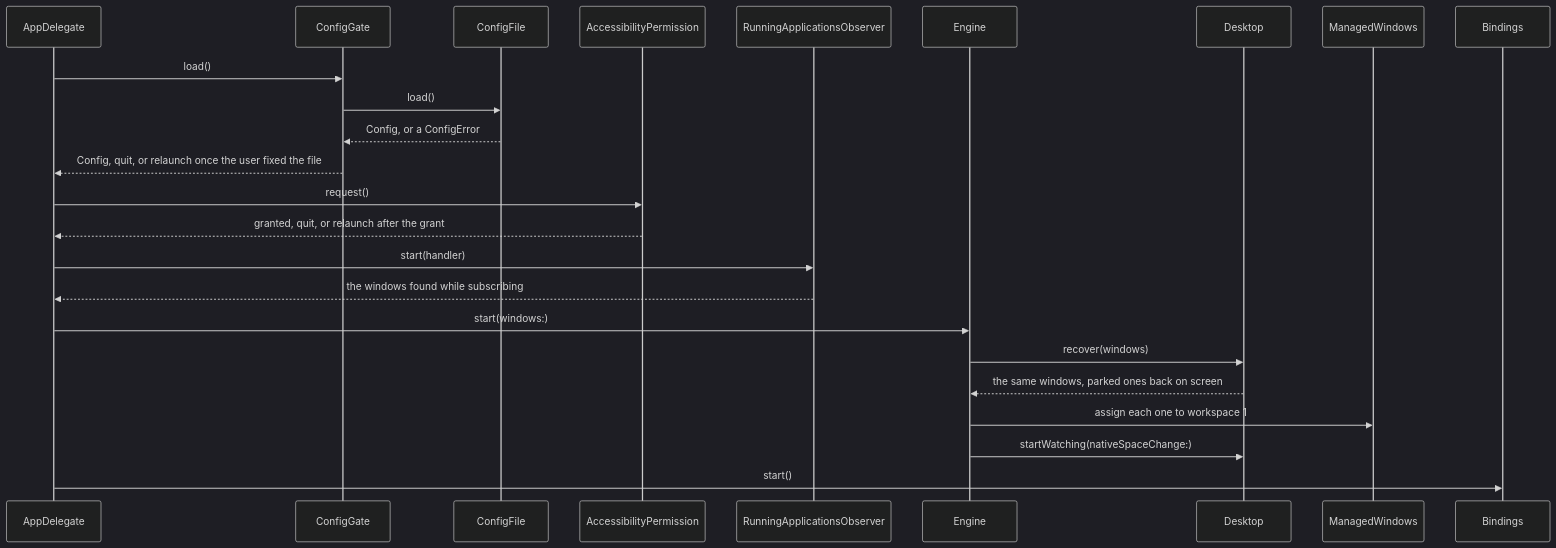
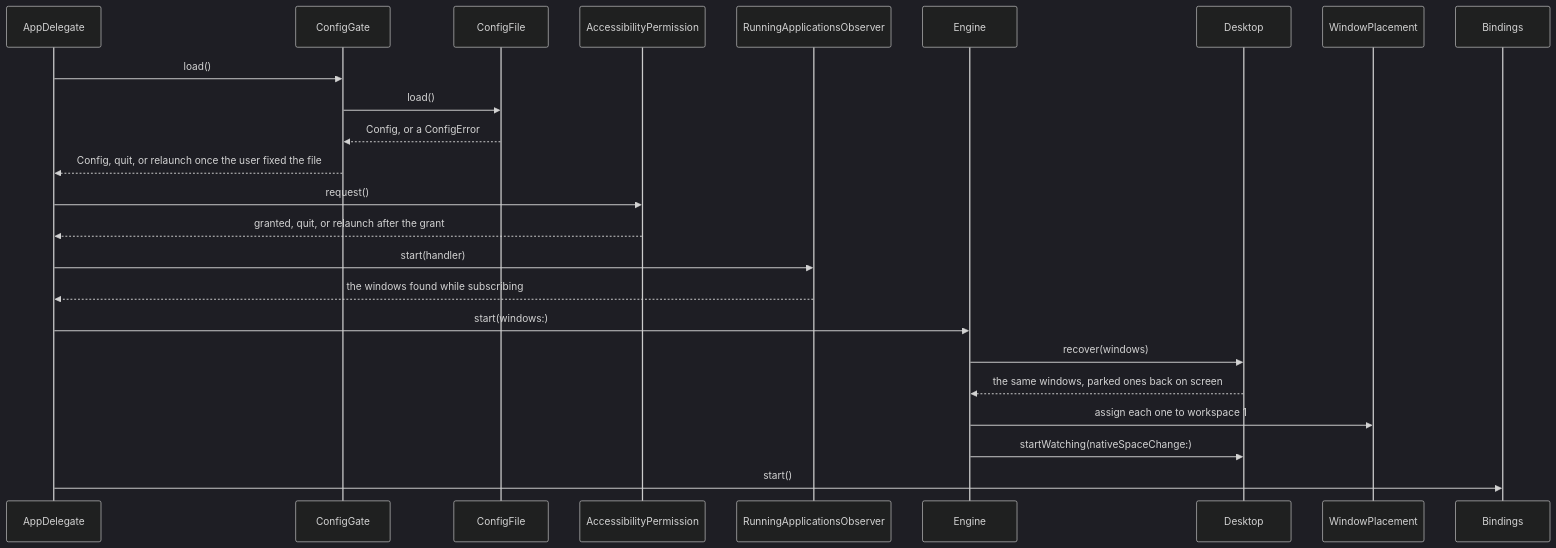
Before and after one commit to brennovich/ottowm: the seventh of 19 diagrams in ARCHITECTURE.md, drawn with Mermaid (dark theme). The commit also changed other lines of this file and 11 other files, not shown here.

First line of the commit message:
Rename ManagedWindows to WindowPlacement

````diff
--- a/ARCHITECTURE.md
+++ b/ARCHITECTURE.md
@@ -210,17 +210,17 @@
 ```mermaid
 sequenceDiagram
     AppDelegate->>ConfigGate: load()
     ConfigGate->>ConfigFile: load()
     ConfigFile-->>ConfigGate: Config, or a ConfigError
     ConfigGate-->>AppDelegate: Config, quit, or relaunch once the user fixed the file
     AppDelegate->>AccessibilityPermission: request()
     AccessibilityPermission-->>AppDelegate: granted, quit, or relaunch after the grant
     AppDelegate->>RunningApplicationsObserver: start(handler)
     RunningApplicationsObserver-->>AppDelegate: the windows found while subscribing
     AppDelegate->>Engine: start(windows:)
     Engine->>Desktop: recover(windows)
     Desktop-->>Engine: the same windows, parked ones back on screen
-    Engine->>ManagedWindows: assign each one to workspace 1
+    Engine->>WindowPlacement: assign each one to workspace 1
     Engine->>Desktop: startWatching(nativeSpaceChange:)
     AppDelegate->>Bindings: start()
 ```
````
